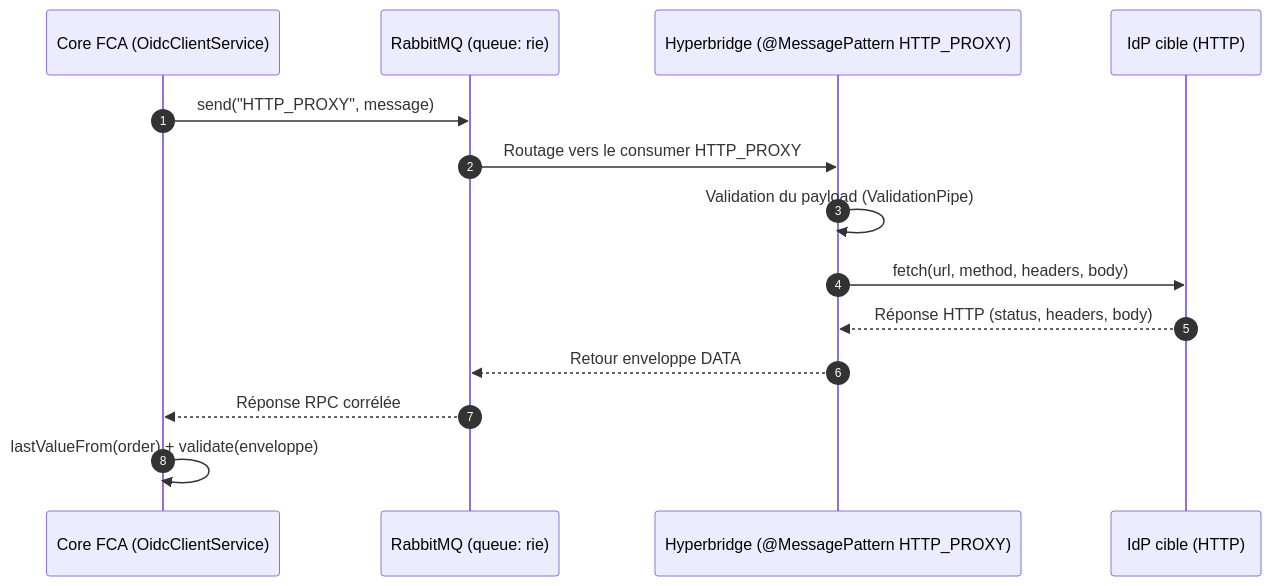
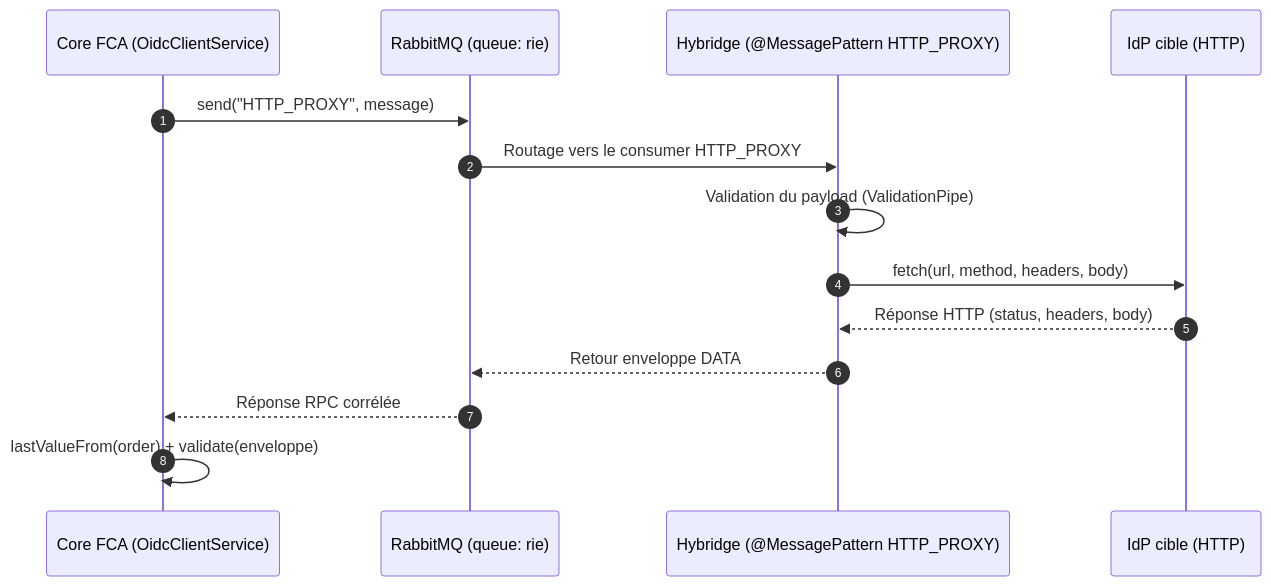
Before and after one commit to proconnect-gouv/federation: the first of 2 diagrams in back/_doc/hyyyperbridge.md, drawn with Mermaid. The commit also changed other lines of this file and 19 other files, not shown here.

Commit message:
♻️ rename hyperbridge to hybridge

````diff
--- a/back/_doc/hyyyperbridge.md
+++ b/back/_doc/hyyyperbridge.md
@@ -18,17 +18,17 @@
 ```mermaid
 sequenceDiagram
     autonumber
     participant Core as Core FCA (OidcClientService)
     participant RMQ as RabbitMQ (queue: rie)
-    participant RIE as Hyperbridge (@MessagePattern HTTP_PROXY)
+    participant RIE as Hybridge (@MessagePattern HTTP_PROXY)
     participant IDP as IdP cible (HTTP)
 
     Core->>RMQ: send("HTTP_PROXY", message)
     RMQ->>RIE: Routage vers le consumer HTTP_PROXY
     RIE->>RIE: Validation du payload (ValidationPipe)
     RIE->>IDP: fetch(url, method, headers, body)
     IDP-->>RIE: Réponse HTTP (status, headers, body)
     RIE-->>RMQ: Retour enveloppe DATA
     RMQ-->>Core: Réponse RPC corrélée
     Core->>Core: lastValueFrom(order) + validate(enveloppe)
 ```
````
